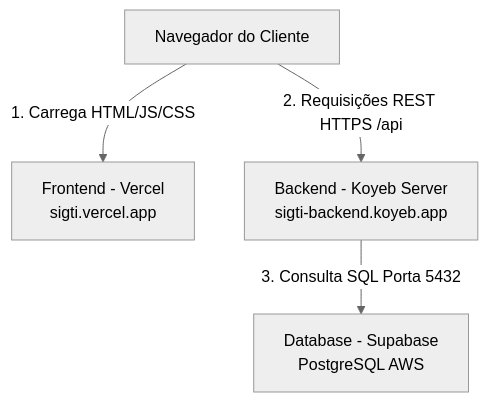
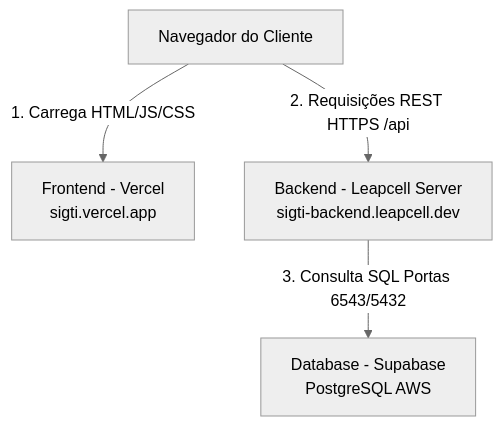
Before and after one commit to daviccoimbra/SIGTI: the diagram in deployment_plan.md, drawn with Mermaid (neutral theme). The commit also changed other lines of this file, not shown here.

````diff
--- a/deployment_plan.md
+++ b/deployment_plan.md
@@ -74,11 +74,11 @@
 ```mermaid
 graph TD
     Client[Navegador do Cliente]
     Vercel[Frontend - Vercel<br>sigti.vercel.app]
-    Koyeb[Backend - Koyeb Server<br>sigti-backend.koyeb.app]
+    Leapcell[Backend - Leapcell Server<br>sigti-backend.leapcell.dev]
     Supabase[Database - Supabase<br>PostgreSQL AWS]
 
     Client -->|1. Carrega HTML/JS/CSS| Vercel
-    Client -->|2. Requisições REST HTTPS /api| Koyeb
-    Koyeb -->|3. Consulta SQL Porta 5432| Supabase
+    Client -->|2. Requisições REST HTTPS /api| Leapcell
+    Leapcell -->|3. Consulta SQL Portas 6543/5432| Supabase
 ```
````
